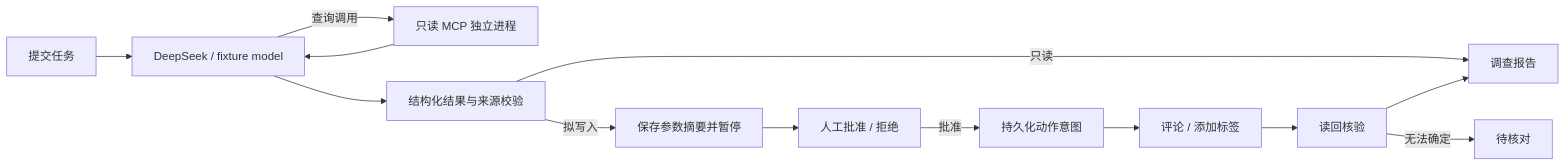
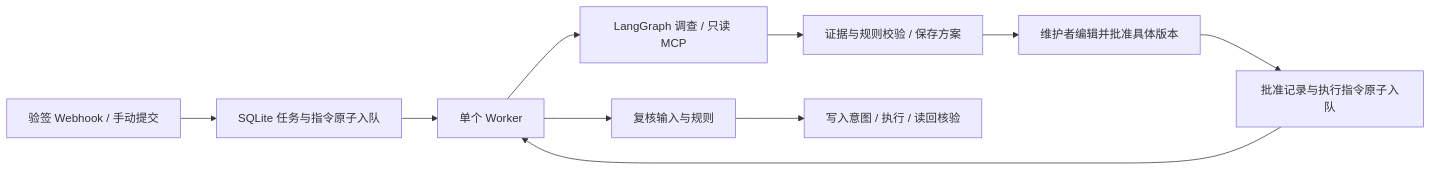
One commit to Shahuang123269/-1 changed the diagram in README.md. Above: the diagram before and after it, drawn with Mermaid. The commit also changed other lines of this file and 30 other files, not shown here.

````diff
--- a/README.md
+++ b/README.md
@@ -63,15 +39,12 @@
 ```mermaid
 flowchart LR
-    U[提交任务] --> M[DeepSeek / fixture model]
-    M -->|查询调用| T[只读 MCP 独立进程]
-    T --> M
-    M --> V[结构化结果与来源校验]
-    V -->|只读| R[调查报告]
-    V -->|拟写入| A[保存参数摘要并暂停]
-    A --> H[人工批准 / 拒绝]
-    H -->|批准| E[持久化动作意图]
-    E --> W[评论 / 添加标签]
-    W --> Q[读回核验]
-    Q --> R
-    Q -->|无法确定| C[待核对]
+  H[验签 Webhook / 手动提交] --> Q[SQLite 任务与指令原子入队]
+  Q --> W[单个 Worker]
+  W --> G[LangGraph 调查 / 只读 MCP]
+  G --> P[证据与规则校验 / 保存方案]
+  P --> U[维护者编辑并批准具体版本]
+  U --> D[批准记录与执行指令原子入队]
+  D --> W
+  W --> F[复核输入与规则]
+  F --> X[写入意图 / 执行 / 读回核验]
 ```
````
